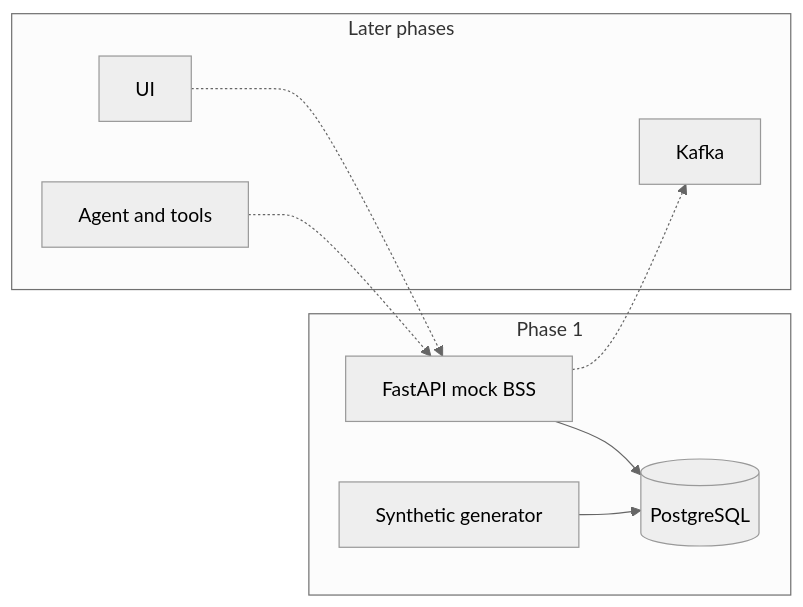
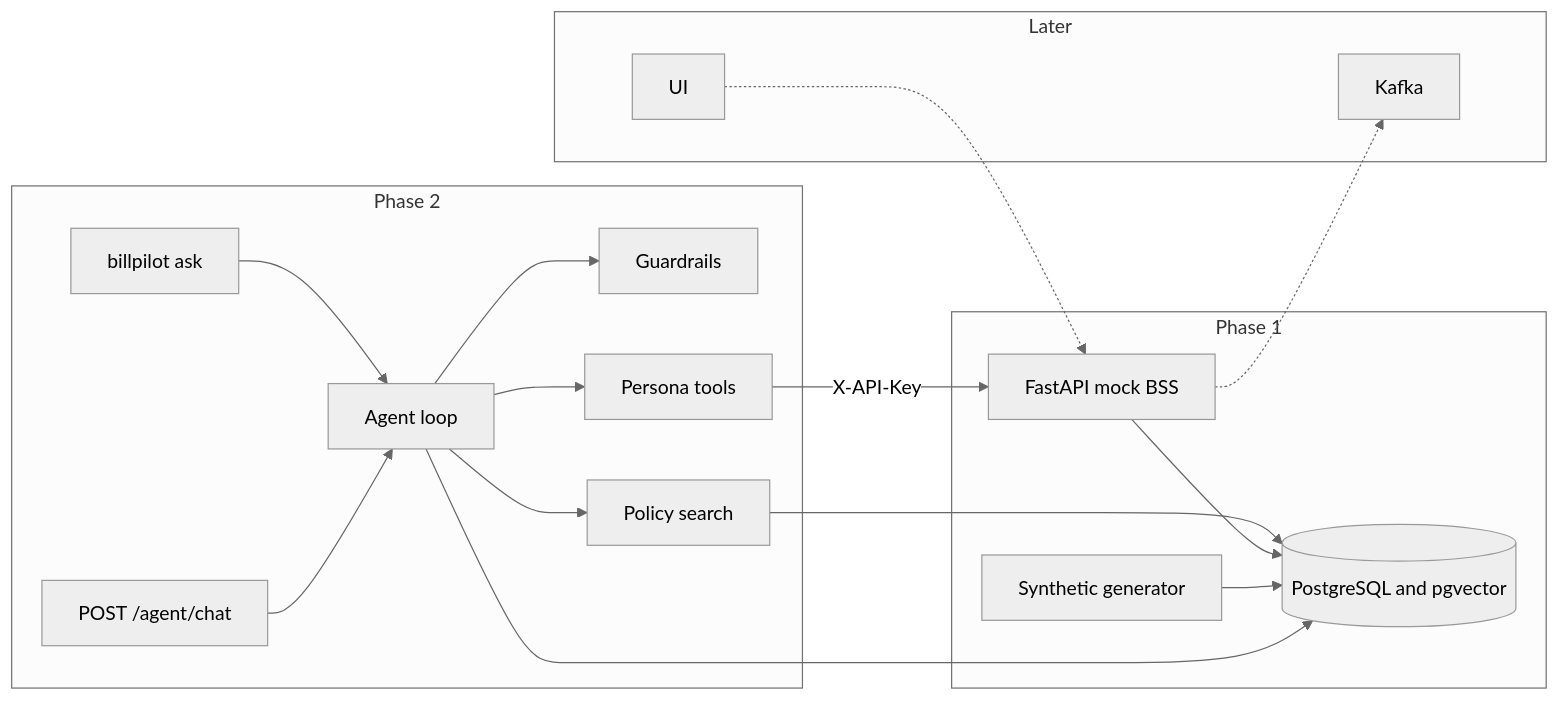
The diagram in README.md (ajay206/billpilot), drawn with Mermaid (neutral theme) before and after one commit. The commit also changed other lines of this file and 69 other files, not shown here.

First line of the commit message:
Phase 2: tool-calling copilot, policy retrieval, and eval harness

````diff
--- a/README.md
+++ b/README.md
@@ -15,18 +15,32 @@
 ```mermaid
 flowchart LR
-  subgraph later [Later phases]
-    UI[UI]
-    Agent[Agent and tools]
-    Broker[Kafka]
+  subgraph phase2 [Phase 2]
+    CLI[billpilot ask]
+    Chat[POST /agent/chat]
+    Loop[Agent loop]
+    Guard[Guardrails]
+    Tools[Persona tools]
+    RAG[Policy search]
   end
   subgraph phase1 [Phase 1]
     API[FastAPI mock BSS]
-    DB[(PostgreSQL)]
+    DB[(PostgreSQL and pgvector)]
     Gen[Synthetic generator]
   end
-  UI -.-> API
-  Agent -.-> API
+  subgraph later [Later]
+    UI[UI]
+    Broker[Kafka]
+  end
+  CLI --> Loop
+  Chat --> Loop
+  Loop --> Guard
+  Loop --> Tools
+  Loop --> RAG
+  Tools -->|X-API-Key| API
+  RAG --> DB
   API --> DB
   Gen --> DB
+  Loop --> DB
+  UI -.-> API
   API -.-> Broker
 ```
````
